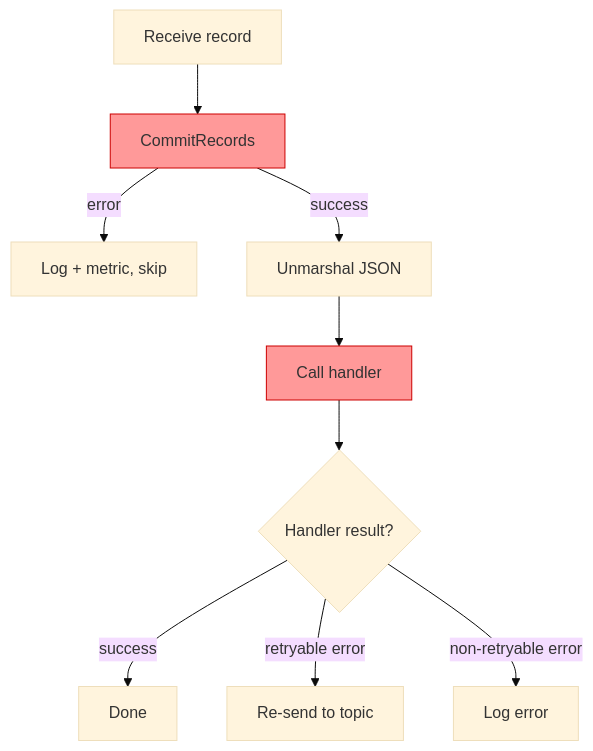
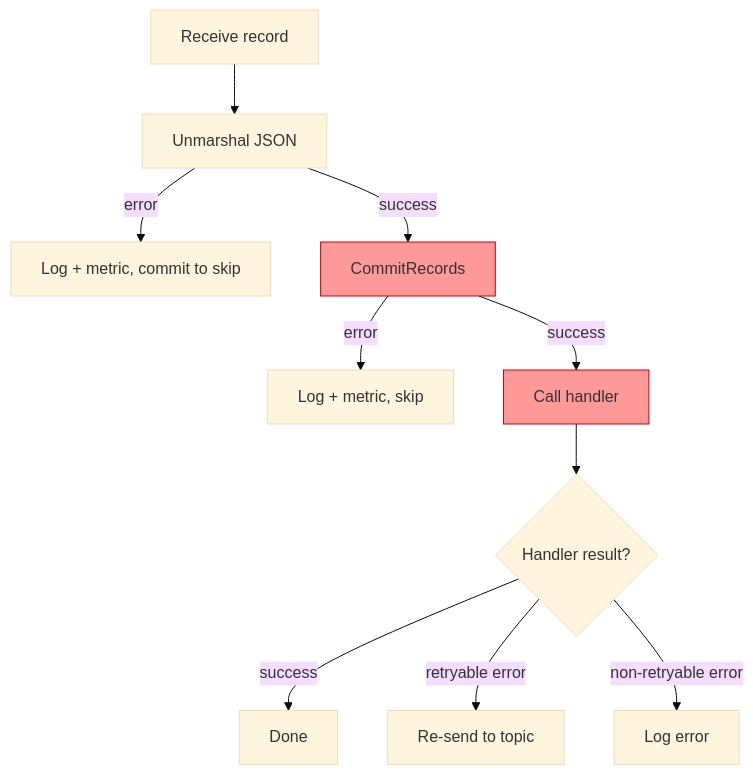
The fourth of 11 diagrams in kafka/README.md (matmazurk/oidc-keepie), drawn with Mermaid (base theme) before and after one commit. The commit also changed other lines of this file and 1 other file, not shown here.

````diff
--- a/kafka/README.md
+++ b/kafka/README.md
@@ -118,14 +127,15 @@
 ```mermaid
 graph TD
-    A[Receive record] --> B[CommitRecords]
-    B -->|error| B1[Log + metric, skip]
-    B -->|success| C[Unmarshal JSON]
-    C --> D[Call handler]
+    A[Receive record] --> B[Unmarshal JSON]
+    B -->|error| B1[Log + metric, commit to skip]
+    B -->|success| C[CommitRecords]
+    C -->|error| C1[Log + metric, skip]
+    C -->|success| D[Call handler]
     D --> E{Handler result?}
     E -->|success| F[Done]
     E -->|retryable error| G[Re-send to topic]
     E -->|non-retryable error| H[Log error]
 
-    style B fill:#ff9999,stroke:#cc0000
+    style C fill:#ff9999,stroke:#cc0000
     style D fill:#ff9999,stroke:#cc0000
 ```
````
